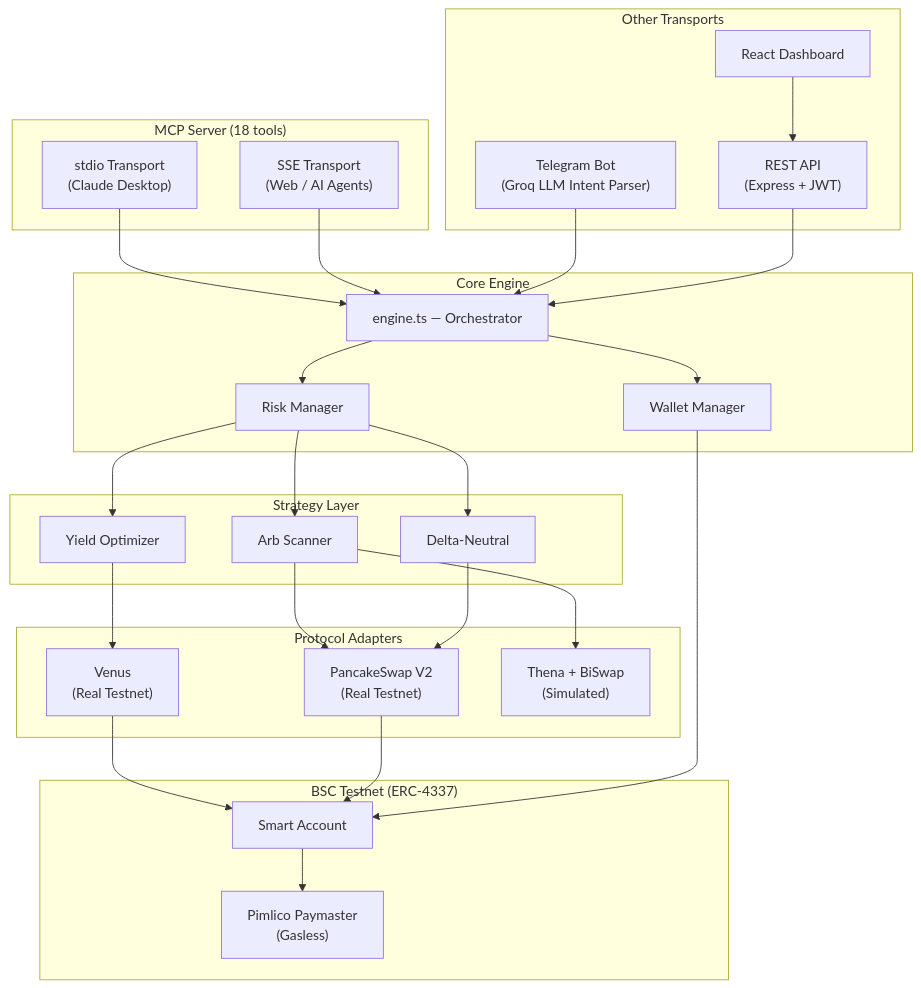
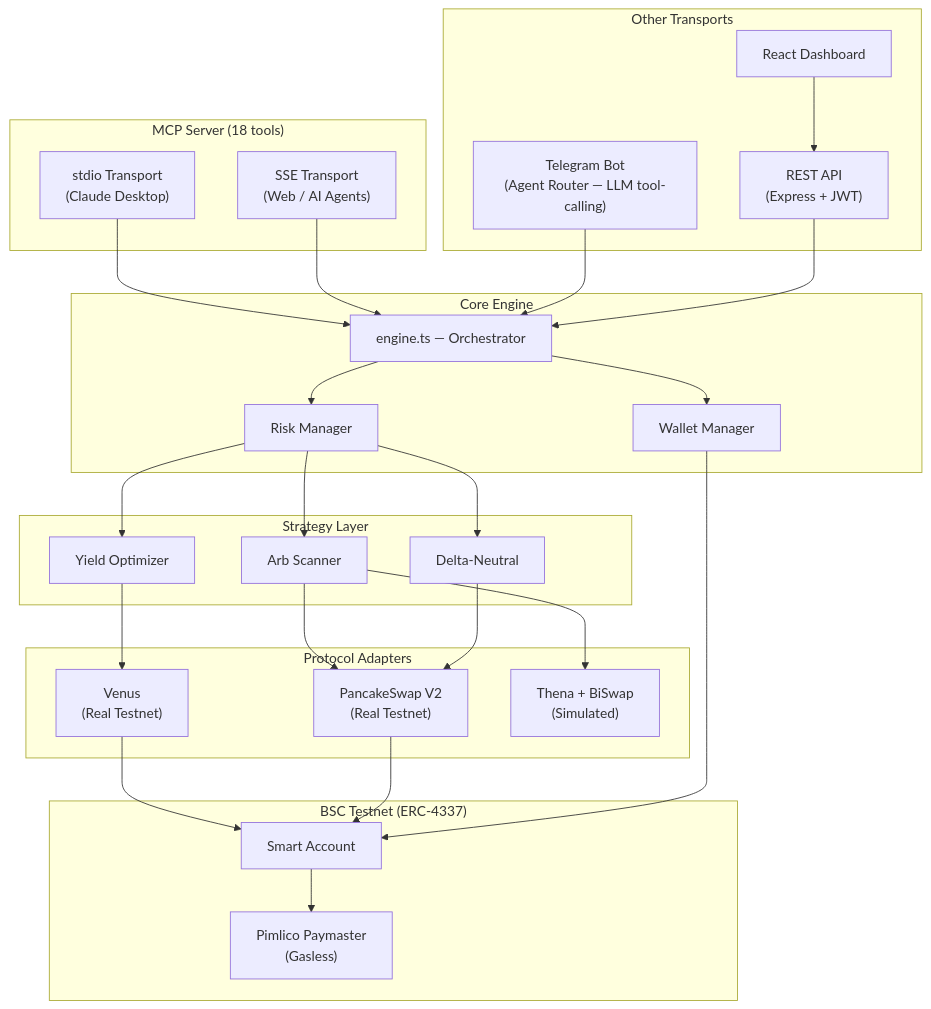
Before and after one commit to harshranjan-art/DEFAI-MCP: the diagram in README.md, drawn with Mermaid. The commit also changed other lines of this file and 22 other files, not shown here.

````diff
--- a/README.md
+++ b/README.md
@@ -382,47 +441,47 @@
 ```mermaid
 graph TB
     subgraph MCP_Layer["MCP Server (18 tools)"]
         STDIO["stdio Transport<br/>(Claude Desktop)"]
         SSE["SSE Transport<br/>(Web / AI Agents)"]
     end
 
     subgraph Other["Other Transports"]
-        TG["Telegram Bot<br/>(Groq LLM Intent Parser)"]
+        TG["Telegram Bot<br/>(Agent Router — LLM tool-calling)"]
         API["REST API<br/>(Express + JWT)"]
         DASH["React Dashboard"]
     end
 
     subgraph Engine["Core Engine"]
         ENG["engine.ts — Orchestrator"]
         RM["Risk Manager"]
         WM["Wallet Manager"]
     end
 
     subgraph Strategies["Strategy Layer"]
         YO["Yield Optimizer"]
         AS["Arb Scanner"]
         DN["Delta-Neutral"]
     end
 
     subgraph Protocols["Protocol Adapters"]
         VA["Venus<br/>(Real Testnet)"]
         PA["PancakeSwap V2<br/>(Real Testnet)"]
         TA["Thena + BiSwap<br/>(Simulated)"]
     end
 
     subgraph BSC["BSC Testnet (ERC-4337)"]
         AA["Smart Account"]
         PM["Pimlico Paymaster<br/>(Gasless)"]
     end
 
     STDIO & SSE --> ENG
     TG --> ENG
     API --> ENG
     DASH --> API
     ENG --> RM --> YO & AS & DN
     YO --> VA
     AS --> PA & TA
     DN --> PA
     VA & PA --> AA --> PM
     ENG --> WM --> AA
 ```
````
